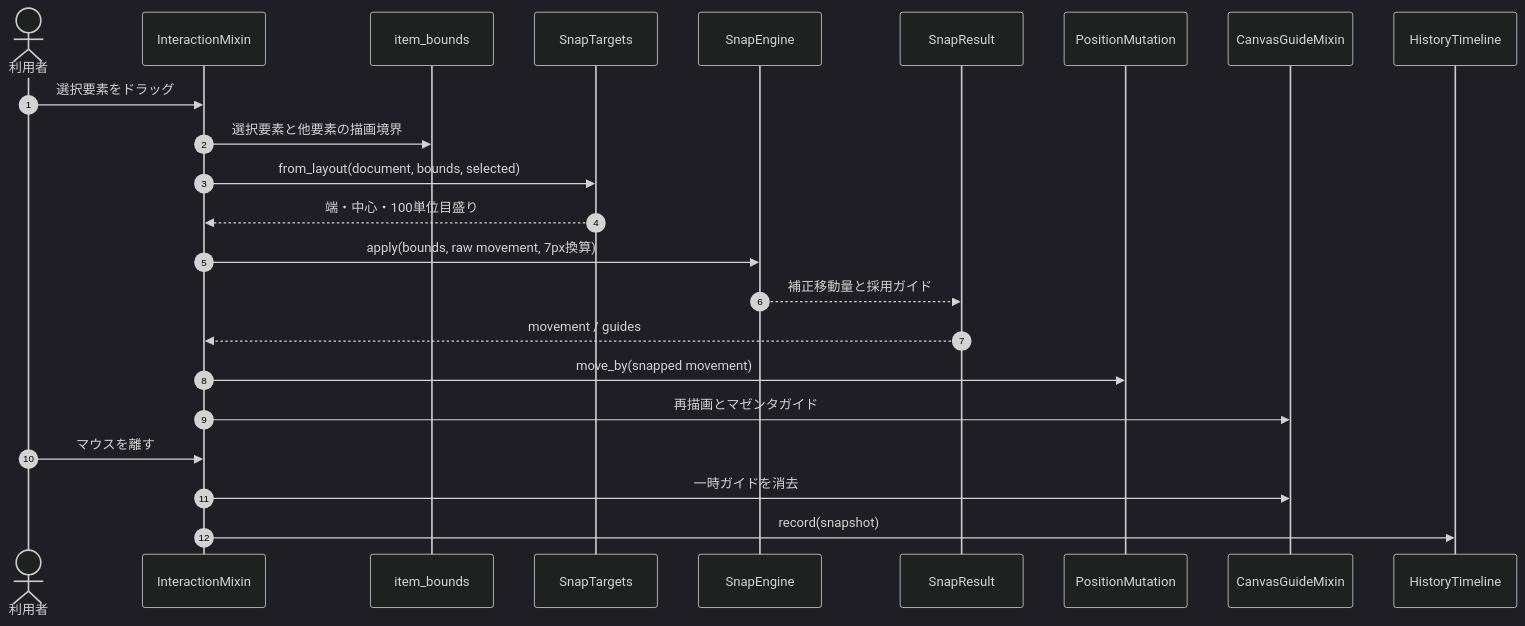
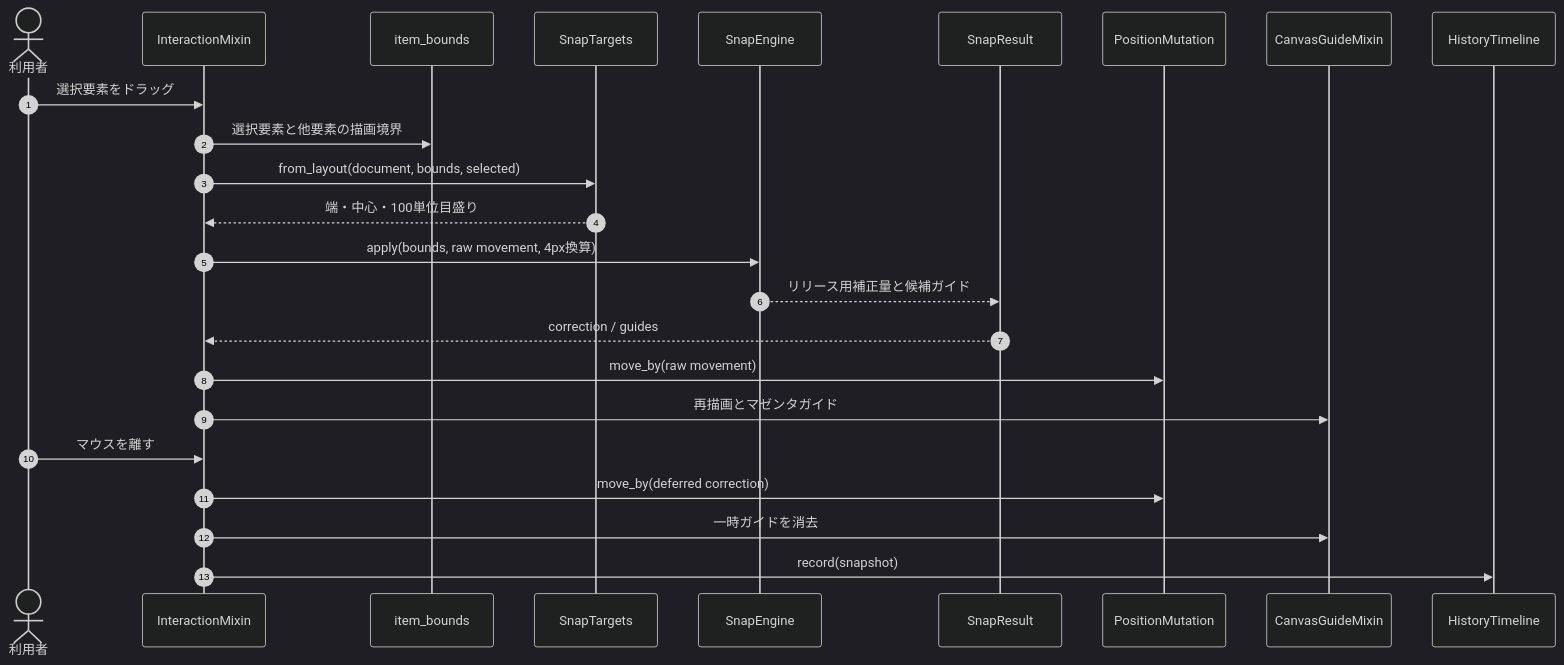
Before and after one commit to k014c1287/klwp_pc_editor: diagram 23 of 24 in doc/KLWPエディタ_設計仕様.md, drawn with Mermaid (dark theme). The commit also changed other lines of this file and 7 other files, not shown here.

Commit message:
[fix] スナップ中の図形ドラッグを滑らかにする

````diff
--- a/doc/KLWPエディタ_設計仕様.md
+++ b/doc/KLWPエディタ_設計仕様.md
@@ -1464,26 +1465,27 @@
 ```mermaid
 sequenceDiagram
     autonumber
     actor User as 利用者
     participant Drag as InteractionMixin
     participant Bounds as item_bounds
     participant Targets as SnapTargets
     participant Engine as SnapEngine
     participant Result as SnapResult
     participant Position as PositionMutation
     participant Canvas as CanvasGuideMixin
     participant History as HistoryTimeline
 
     User->>Drag: 選択要素をドラッグ
     Drag->>Bounds: 選択要素と他要素の描画境界
     Drag->>Targets: from_layout(document, bounds, selected)
     Targets-->>Drag: 端・中心・100単位目盛り
-    Drag->>Engine: apply(bounds, raw movement, 7px換算)
-    Engine-->>Result: 補正移動量と採用ガイド
-    Result-->>Drag: movement / guides
-    Drag->>Position: move_by(snapped movement)
+    Drag->>Engine: apply(bounds, raw movement, 4px換算)
+    Engine-->>Result: リリース用補正量と候補ガイド
+    Result-->>Drag: correction / guides
+    Drag->>Position: move_by(raw movement)
     Drag->>Canvas: 再描画とマゼンタガイド
     User->>Drag: マウスを離す
+    Drag->>Position: move_by(deferred correction)
     Drag->>Canvas: 一時ガイドを消去
     Drag->>History: record(snapshot)
 ```
````
